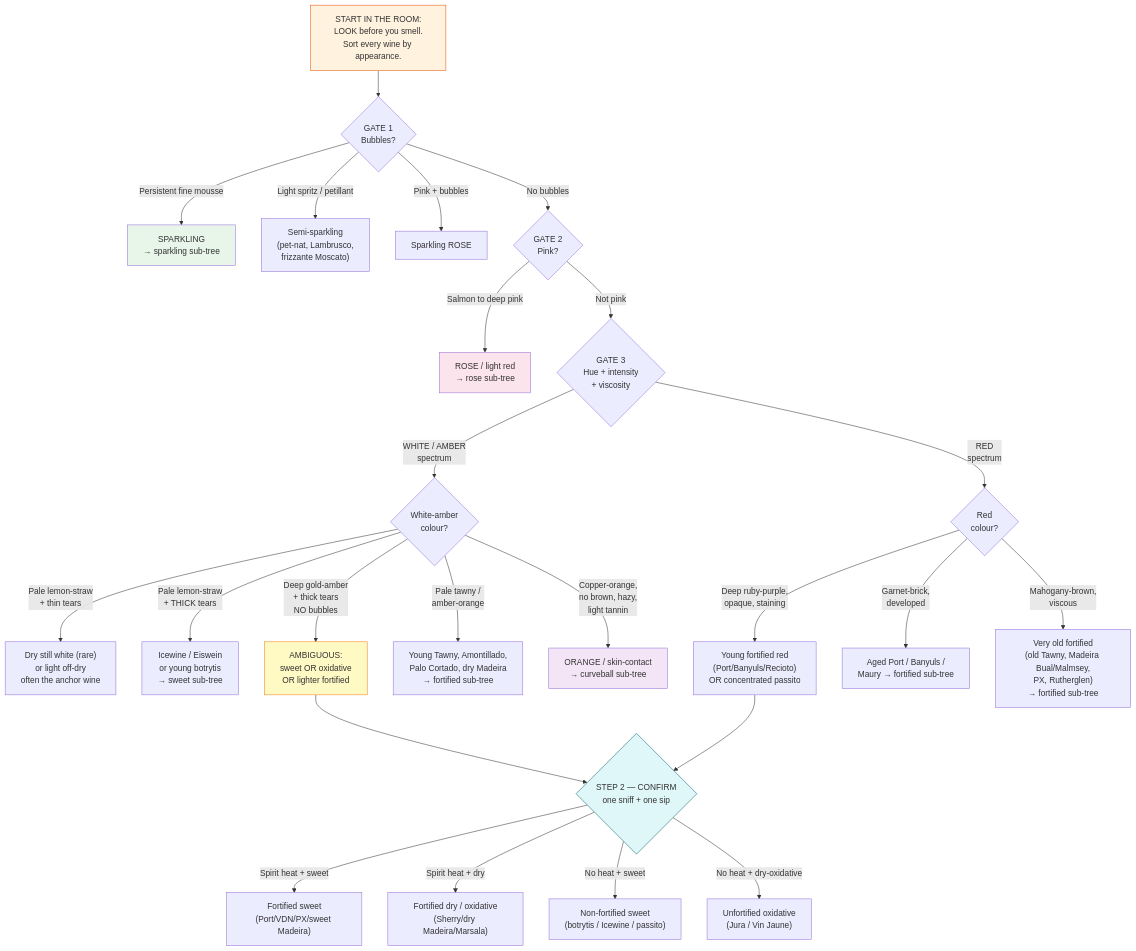
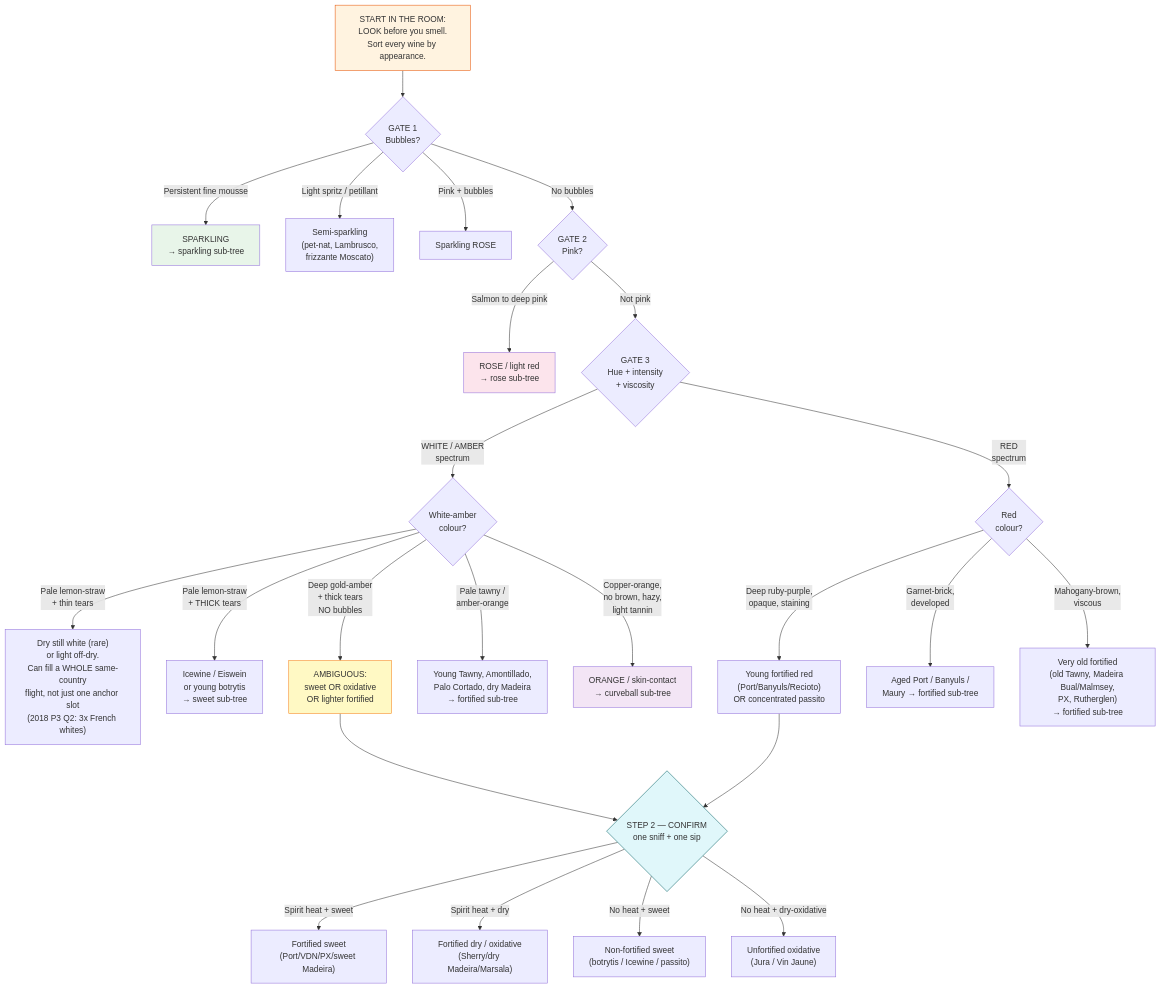
The first of 11 diagrams in outputs/study_diagrams/p3_special.md (russellmoss/mw-exams), drawn with Mermaid before and after one commit. The commit also changed other lines of this file and 6 other files, not shown here.

First line of the commit message:
fix(p3-tree): route the all-still-white same-country flight (2018 P3 Q2 audit gap) (#47)

````diff
--- a/outputs/study_diagrams/p3_special.md
+++ b/outputs/study_diagrams/p3_special.md
@@ -9,38 +9,38 @@
 ```mermaid
 flowchart TD
     EYES["START IN THE ROOM:<br/>LOOK before you smell.<br/>Sort every wine by appearance."] --> G1{"GATE 1<br/>Bubbles?"}
     G1 -->|"Persistent fine mousse"| SPARK["SPARKLING<br/>→ sparkling sub-tree"]
     G1 -->|"Light spritz / petillant"| SEMI["Semi-sparkling<br/>(pet-nat, Lambrusco,<br/>frizzante Moscato)"]
     G1 -->|"Pink + bubbles"| SPROSE["Sparkling ROSE"]
     G1 -->|"No bubbles"| G2{"GATE 2<br/>Pink?"}
 
     G2 -->|"Salmon to deep pink"| ROSE["ROSE / light red<br/>→ rose sub-tree"]
     G2 -->|"Not pink"| G3{"GATE 3<br/>Hue + intensity<br/>+ viscosity"}
 
     G3 -->|"WHITE / AMBER<br/>spectrum"| WSPEC{"White-amber<br/>colour?"}
     G3 -->|"RED<br/>spectrum"| RSPEC{"Red<br/>colour?"}
 
-    WSPEC -->|"Pale lemon-straw<br/>+ thin tears"| DRYW["Dry still white (rare)<br/>or light off-dry<br/>often the anchor wine"]
+    WSPEC -->|"Pale lemon-straw<br/>+ thin tears"| DRYW["Dry still white (rare)<br/>or light off-dry.<br/>Can fill a WHOLE same-country<br/>flight, not just one anchor slot<br/>(2018 P3 Q2: 3x French whites)"]
     WSPEC -->|"Pale lemon-straw<br/>+ THICK tears"| ICEW["Icewine / Eiswein<br/>or young botrytis<br/>→ sweet sub-tree"]
     WSPEC -->|"Deep gold-amber<br/>+ thick tears<br/>NO bubbles"| AMBIG["AMBIGUOUS:<br/>sweet OR oxidative<br/>OR lighter fortified"]
     WSPEC -->|"Pale tawny /<br/>amber-orange"| TAWNY["Young Tawny, Amontillado,<br/>Palo Cortado, dry Madeira<br/>→ fortified sub-tree"]
     WSPEC -->|"Copper-orange,<br/>no brown, hazy,<br/>light tannin"| ORANGE["ORANGE / skin-contact<br/>→ curveball sub-tree"]
 
     RSPEC -->|"Deep ruby-purple,<br/>opaque, staining"| YFRED["Young fortified red<br/>(Port/Banyuls/Recioto)<br/>OR concentrated passito"]
     RSPEC -->|"Garnet-brick,<br/>developed"| AGEDP["Aged Port / Banyuls /<br/>Maury → fortified sub-tree"]
     RSPEC -->|"Mahogany-brown,<br/>viscous"| OLDFORT["Very old fortified<br/>(old Tawny, Madeira Bual/Malmsey,<br/>PX, Rutherglen)<br/>→ fortified sub-tree"]
 
     AMBIG --> G4{"STEP 2 — CONFIRM<br/>one sniff + one sip"}
     YFRED --> G4
     G4 -->|"Spirit heat + sweet"| FSWEET["Fortified sweet<br/>(Port/VDN/PX/sweet Madeira)"]
     G4 -->|"Spirit heat + dry"| FDRY["Fortified dry / oxidative<br/>(Sherry/dry Madeira/Marsala)"]
     G4 -->|"No heat + sweet"| NFSWEET["Non-fortified sweet<br/>(botrytis / Icewine / passito)"]
     G4 -->|"No heat + dry-oxidative"| OXUN["Unfortified oxidative<br/>(Jura / Vin Jaune)"]
 
     style EYES fill:#fff3e0,stroke:#e65100
     style SPARK fill:#e8f5e9
     style ROSE fill:#fce4ec
     style ORANGE fill:#f3e5f5
     style AMBIG fill:#fff9c4,stroke:#f57f17
     style G4 fill:#e0f7fa,stroke:#006064
 ```
````
